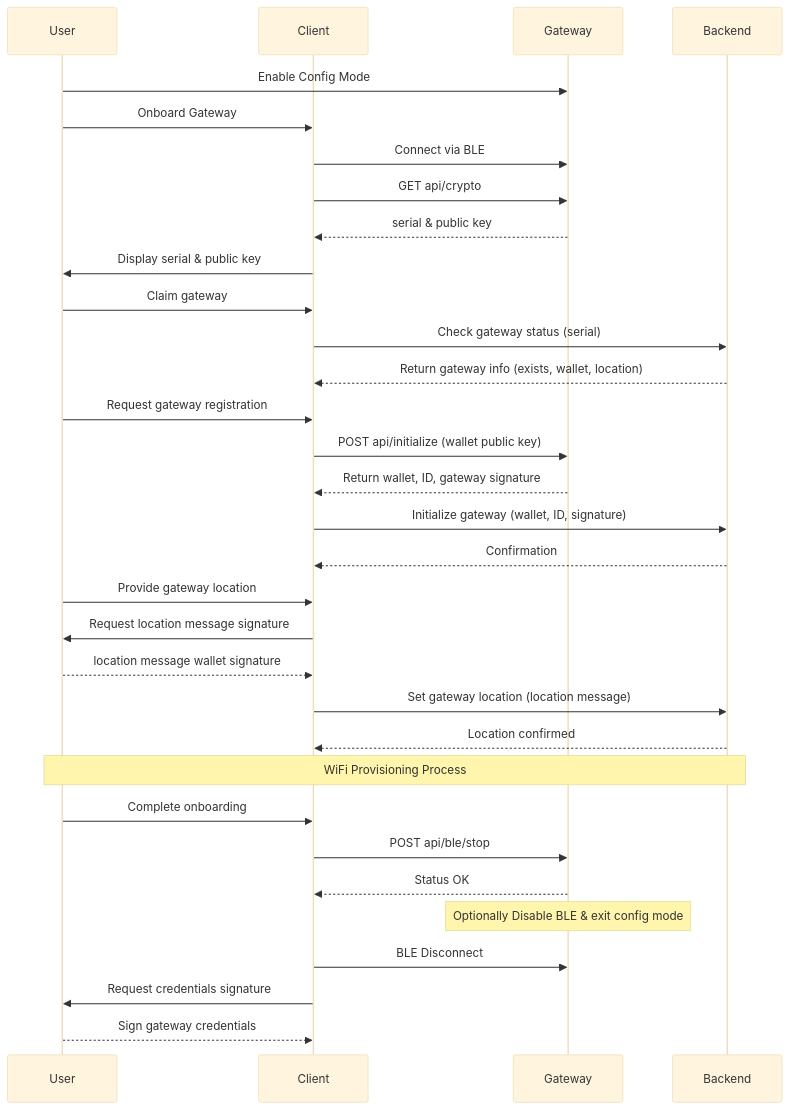
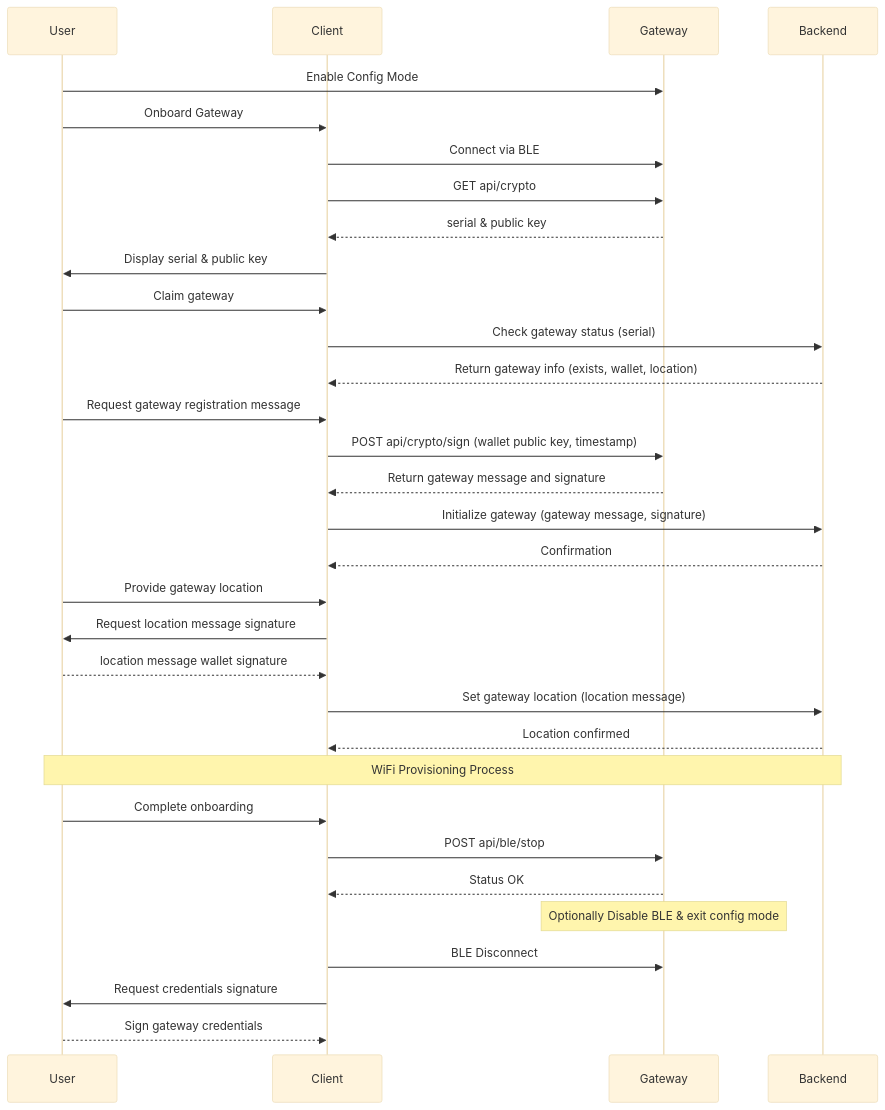
One commit to srcfl/srcful-documentation changed the first of 2 diagrams in docs/developer/hardware.md. Above: the diagram before and after it, drawn with Mermaid (base theme). The commit also changed other lines of this file, not shown here.

````diff
--- a/docs/developer/hardware.md
+++ b/docs/developer/hardware.md
@@ -164,45 +164,45 @@
 ```mermaid
 sequenceDiagram
     participant U as User
     participant C as Client
     participant G as Gateway
     participant B as Backend
 
     U->>G: Enable Config Mode
     U->>C: Onboard Gateway
 
     C->>G: Connect via BLE
 
     C->>G: GET api/crypto
     G-->>C: serial & public key
     C->>U: Display serial & public key
 
     U->>C: Claim gateway
     C->>B: Check gateway status (serial)
     B-->>C: Return gateway info (exists, wallet, location)
 
-    U->>C: Request gateway registration
-    C->>G: POST api/initialize (wallet public key)
-    G-->>C: Return wallet, ID, gateway signature
+    U->>C: Request gateway registration message
+    C->>G: POST api/crypto/sign (wallet public key, timestamp)
+    G-->>C: Return gateway message and signature
 
-    C->>B: Initialize gateway (wallet, ID, signature)
+    C->>B: Initialize gateway (gateway message, signature)
     B-->>C: Confirmation
 
     U->>C: Provide gateway location
     C->>U: Request location message signature
     U-->>C: location message wallet signature
 
     C->>B: Set gateway location (location message)
     B-->>C: Location confirmed
 
     Note over U,B: WiFi Provisioning Process
 
     U->>C: Complete onboarding
     C->>G: POST api/ble/stop
     G-->>C: Status OK
     Note over G: Optionally Disable BLE & exit config mode
     C->>G: BLE Disconnect
 
     C->>U: Request credentials signature
     U-->>C: Sign gateway credentials
 ```
````
